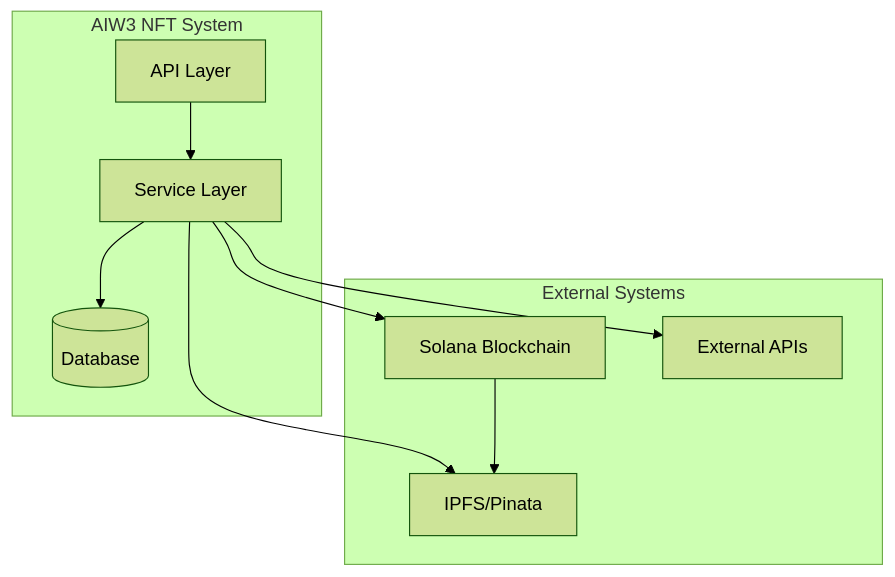
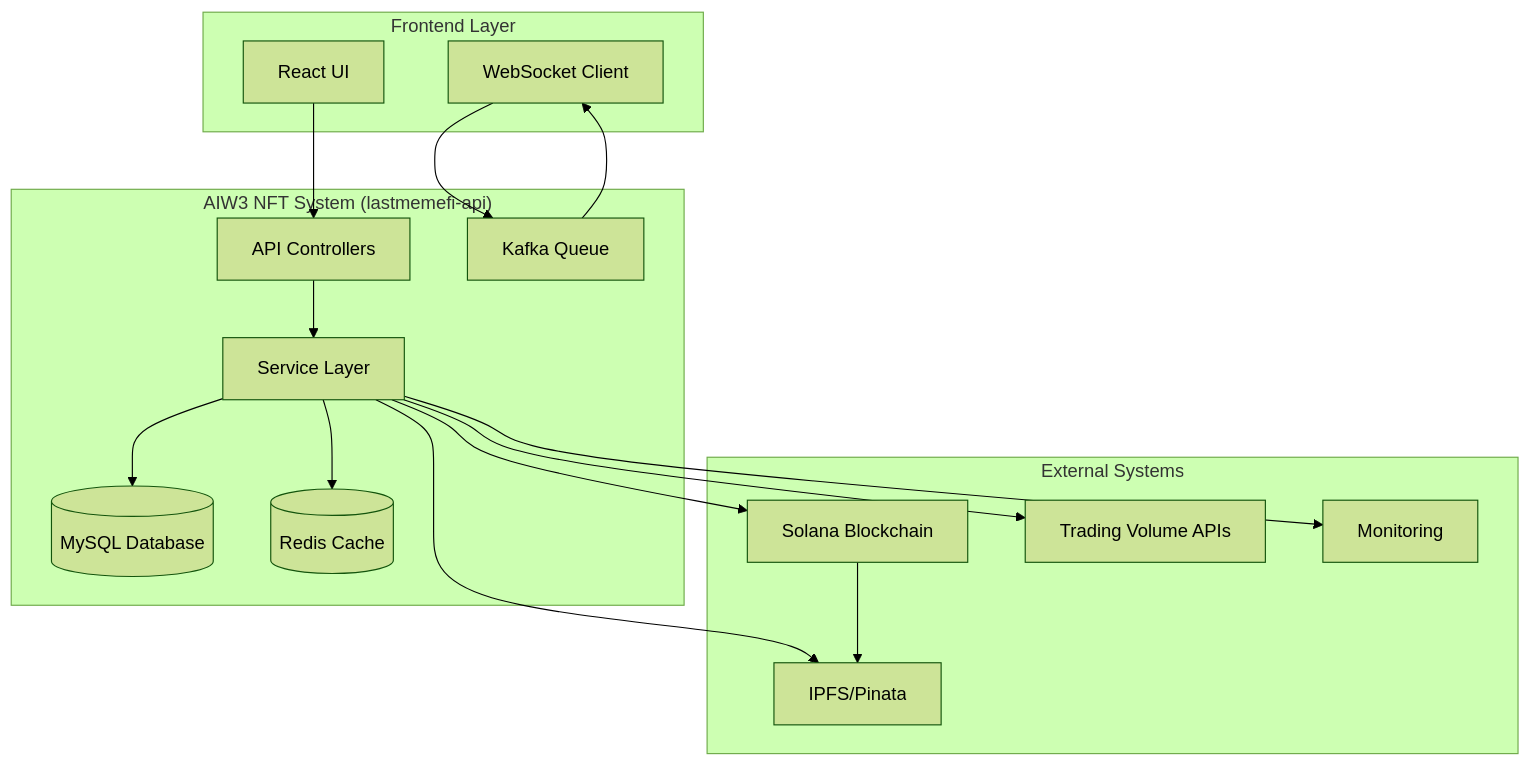
Before and after one commit to ljg-cqu/aiw3-nft-solana: the diagram in docs/technical/integration/external-systems/External-Systems-Integration-Overview.md, drawn with Mermaid (forest theme). The commit also changed other lines of this file and 14 other files, not shown here.

````diff
--- a/docs/technical/integration/external-systems/External-Systems-Integration-Overview.md
+++ b/docs/technical/integration/external-systems/External-Systems-Integration-Overview.md
@@ -97,22 +99,35 @@
 ```mermaid
 graph TB
-    subgraph "AIW3 NFT System"
-        API[API Layer]
+    subgraph "Frontend Layer"
+        UI[React UI]
+        WS[WebSocket Client]
+    end
+    
+    subgraph "AIW3 NFT System (lastmemefi-api)"
+        API[API Controllers]
         SERV[Service Layer]
-        DB[(Database)]
+        DB[(MySQL Database)]
+        CACHE[(Redis Cache)]
+        QUEUE[Kafka Queue]
     end
     
     subgraph "External Systems"
         SOL[Solana Blockchain]
         IPFS[IPFS/Pinata]
-        EXT[External APIs]
+        VOL[Trading Volume APIs]
+        MONITOR[Monitoring]
     end
     
+    UI --> API
+    WS --> QUEUE
     API --> SERV
     SERV --> DB
+    SERV --> CACHE
     SERV --> SOL
     SERV --> IPFS
-    SERV --> EXT
+    SERV --> VOL
+    QUEUE --> WS
     
     SOL --> IPFS
+    SERV --> MONITOR
 ```
````
